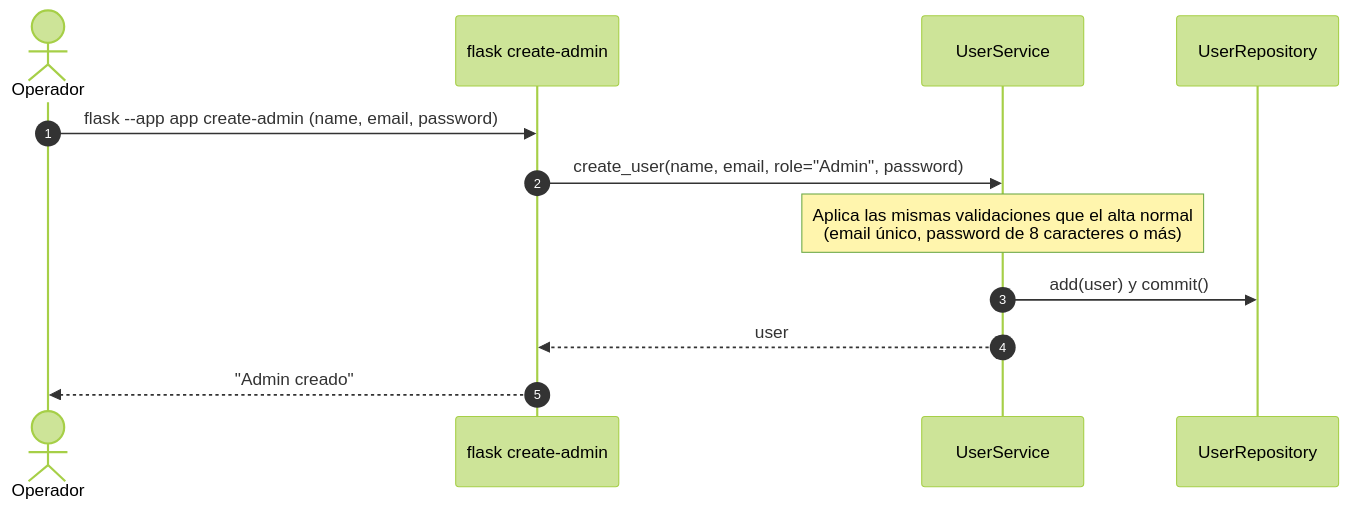
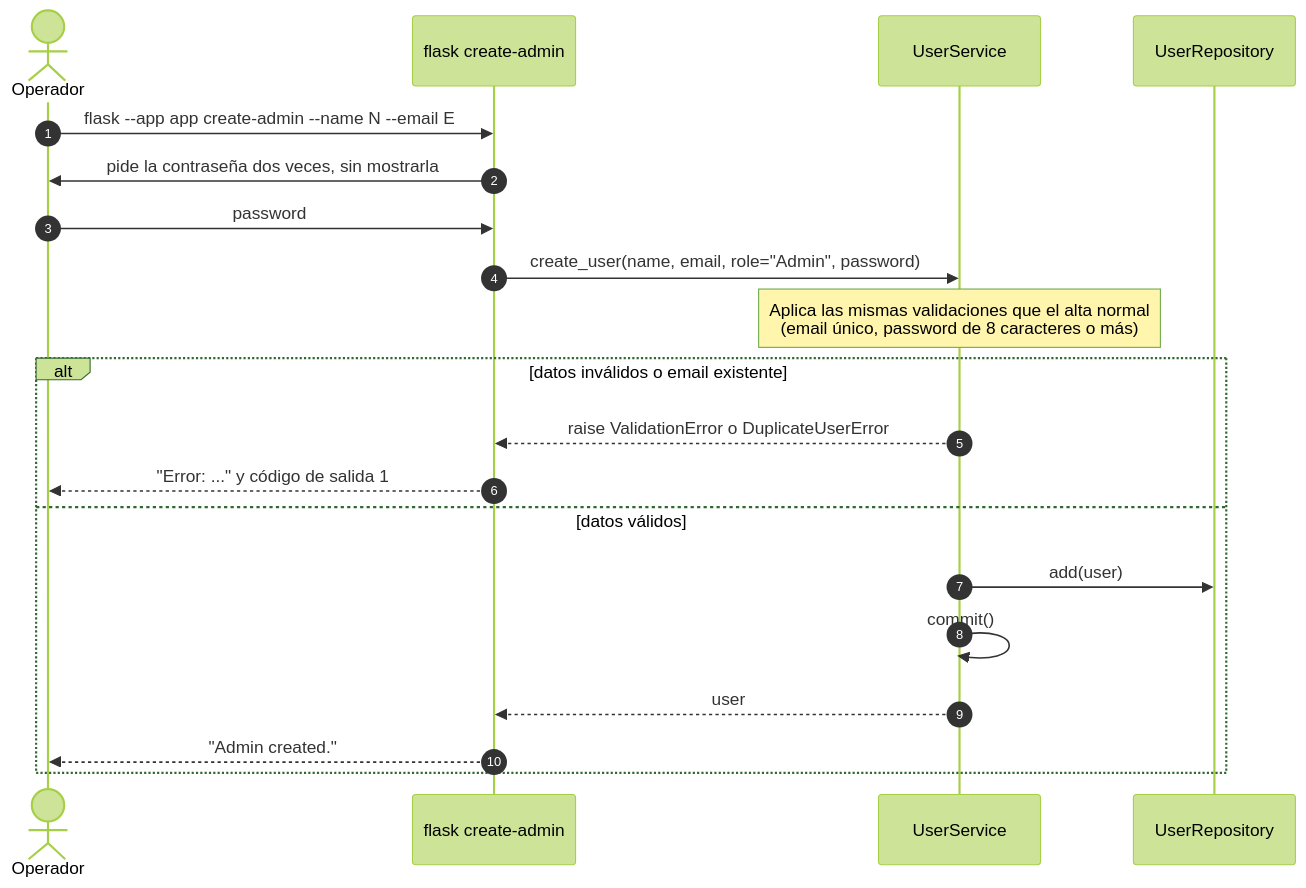
The fourth of 4 diagrams in diagrams/sequences/01-users.md (Diazfe-dev/AyED-III-python-ticket-service), drawn with Mermaid (forest theme) before and after one commit. The commit also changed other lines of this file and 7 other files, not shown here.

Commit message:
feat(user): add create-admin command and close the 01-users area

````diff
--- a/diagrams/sequences/01-users.md
+++ b/diagrams/sequences/01-users.md
@@ -113,15 +134,23 @@
 ```mermaid
 sequenceDiagram
     autonumber
     actor Op as Operador
     participant CLI as flask create-admin
     participant US as UserService
     participant UR as UserRepository
 
-    Op->>CLI: flask --app app create-admin (name, email, password)
+    Op->>CLI: flask --app app create-admin --name N --email E
+    CLI->>Op: pide la contraseña dos veces, sin mostrarla
+    Op->>CLI: password
     CLI->>US: create_user(name, email, role="Admin", password)
     Note over US: Aplica las mismas validaciones que el alta normal<br/>(email único, password de 8 caracteres o más)
-    US->>UR: add(user) y commit()
-    US-->>CLI: user
-    CLI-->>Op: "Admin creado"
+    alt datos inválidos o email existente
+        US-->>CLI: raise ValidationError o DuplicateUserError
+        CLI-->>Op: "Error: ..." y código de salida 1
+    else datos válidos
+        US->>UR: add(user)
+        US->>US: commit()
+        US-->>CLI: user
+        CLI-->>Op: "Admin created."
+    end
 ```
````
